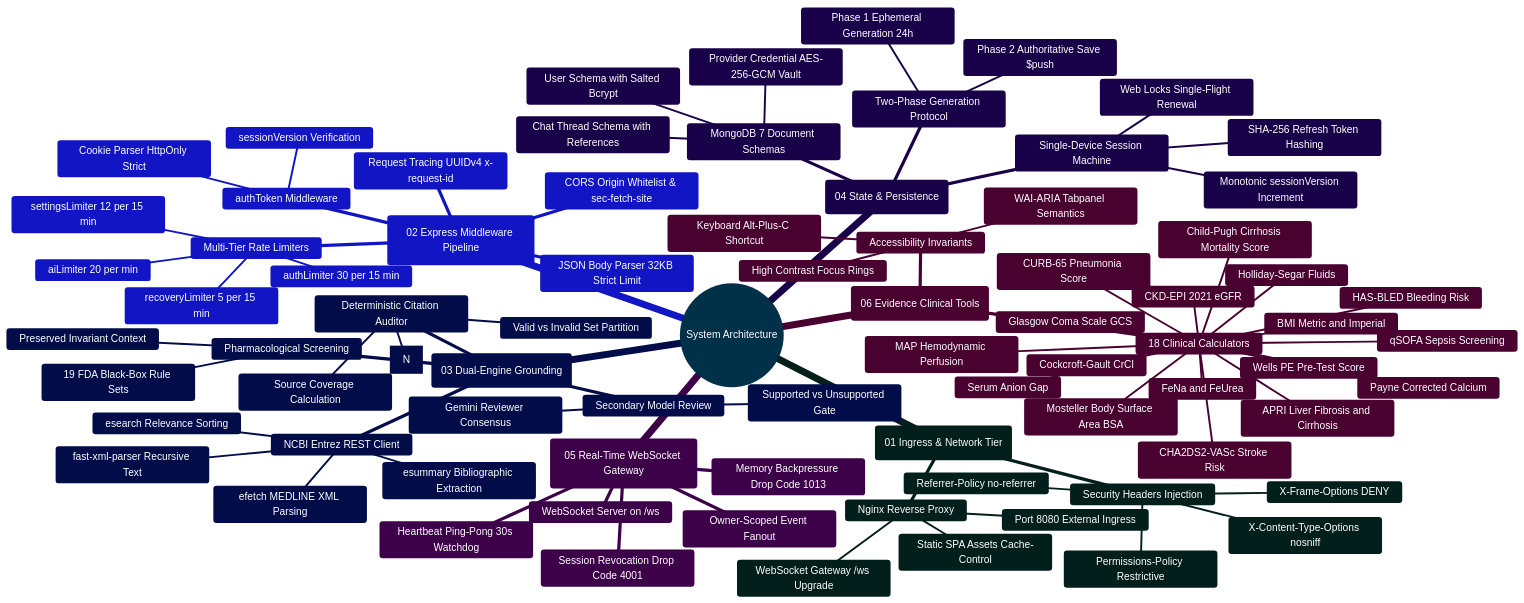
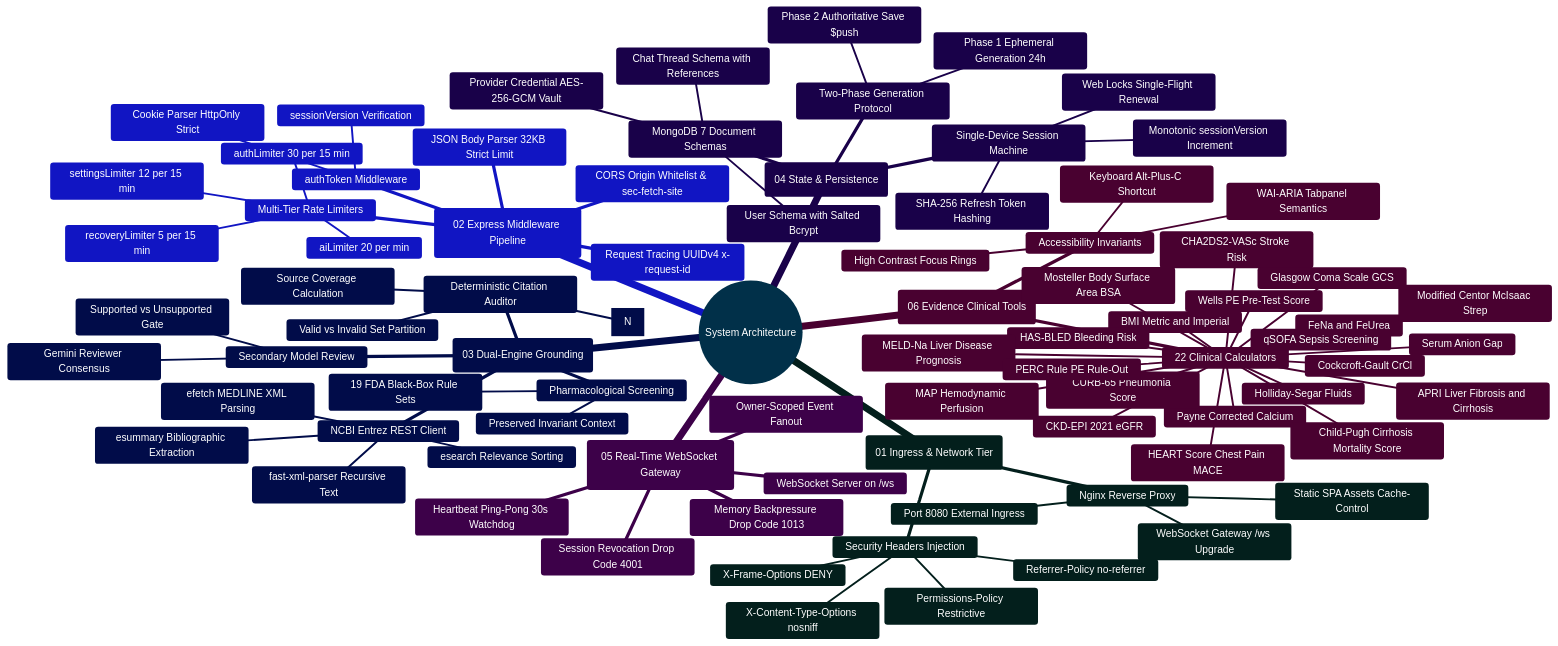
Before and after one commit to Ganesh172919/React-App-LLM: the first of 3 diagrams in docs/SYSTEM_ARCHITECTURE_DEEP_DIVE.md, drawn with Mermaid. The commit also changed other lines of this file and 67 other files, not shown here.

```diff
--- a/docs/SYSTEM_ARCHITECTURE_DEEP_DIVE.md
+++ b/docs/SYSTEM_ARCHITECTURE_DEEP_DIVE.md
@@ -129,7 +129,7 @@
       Memory Backpressure Drop Code 1013
       Owner-Scoped Event Fanout
     (06 Evidence Clinical Tools)
-      18 Clinical Calculators
+      22 Clinical Calculators
         BMI Metric and Imperial
         CKD-EPI 2021 eGFR
         CHA2DS2-VASc Stroke Risk
@@ -147,6 +147,10 @@
         Mosteller Body Surface Area BSA
         APRI Liver Fibrosis and Cirrhosis
         Child-Pugh Cirrhosis Mortality Score
+        MELD-Na Liver Disease Prognosis
+        Modified Centor McIsaac Strep
+        HEART Score Chest Pain MACE
+        PERC Rule PE Rule-Out
       Accessibility Invariants
         WAI-ARIA Tabpanel Semantics
         Keyboard Alt-Plus-C Shortcut
```
